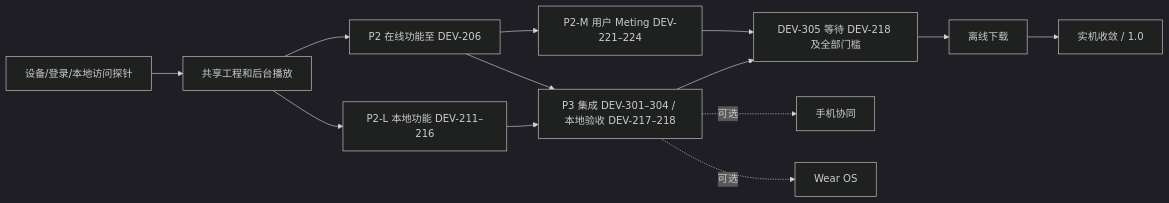
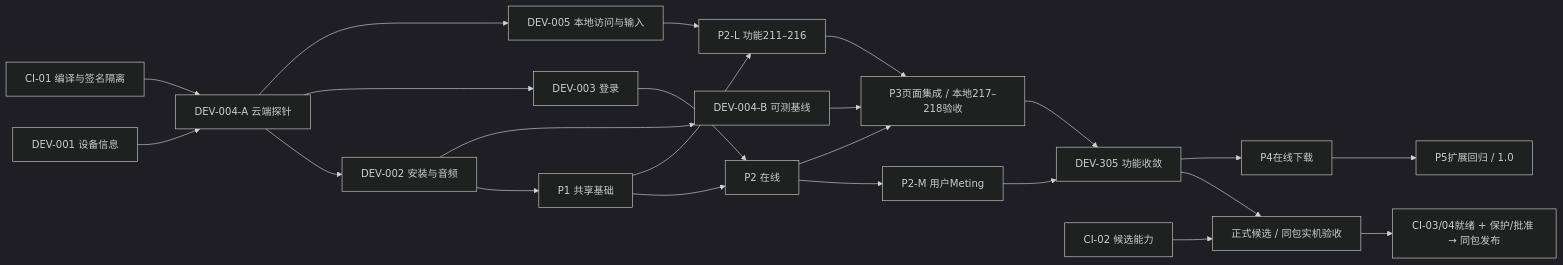
Before and after one commit to OnlineMo/MeloX-Watch: the diagram in docs/05-开发阶段与任务清单.md, drawn with Mermaid (dark theme). The commit also changed other lines of this file and 27 other files, not shown here.

````diff
--- a/docs/05-开发阶段与任务清单.md
+++ b/docs/05-开发阶段与任务清单.md
@@ -28,15 +31,25 @@
 ```mermaid
 flowchart LR
-    P0[设备/登录/本地访问探针] --> P1[共享工程和后台播放]
-    P1 --> P2[P2 在线功能至 DEV-206]
-    P1 --> P2L[P2-L 本地功能 DEV-211–216]
-    P2 --> P2M[P2-M 用户 Meting DEV-221–224]
-    P2 --> P3[P3 集成 DEV-301–304 / 本地验收 DEV-217–218]
+    INFO[DEV-001 设备信息] --> PROBE[DEV-004-A 云端探针]
+    CI[CI-01 编译与签名隔离] --> PROBE
+    PROBE --> AUDIO[DEV-002 安装与音频]
+    PROBE --> LOGIN[DEV-003 登录]
+    PROBE --> FILE[DEV-005 本地访问与输入]
+    AUDIO --> P1[P1 共享基础]
+    AUDIO --> BASE[DEV-004-B 可测基线]
+    P1 --> P2[P2 在线]
+    LOGIN --> P2
+    P1 --> P2L[P2-L 功能211–216]
+    FILE --> P2L
+    P2 --> P2M[P2-M 用户Meting]
+    P2 --> P3[P3页面集成 / 本地217–218验收]
     P2L --> P3
+    BASE --> P3
+    P3 --> G305[DEV-305 功能收敛]
     P2M --> G305
-    P3 --> G305[DEV-305 等待 DEV-218 及全部门槛]
-    G305 --> P4[离线下载]
-    P4 --> P5[实机收敛 / 1.0]
-    P3 -. 可选 .-> P6[手机协同]
-    P3 -. 可选 .-> P7[Wear OS]
+    CAND[CI-02 候选能力] --> RC[正式候选 / 同包实机验收]
+    G305 --> RC
+    RC --> PUB[CI-03/04就绪 + 保护/批准 → 同包发布]
+    G305 --> P4[P4在线下载]
+    P4 --> P5[P5扩展回归 / 1.0]
 ```
````
